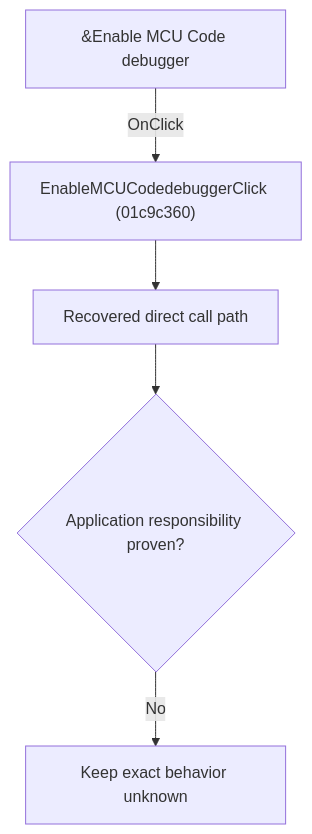
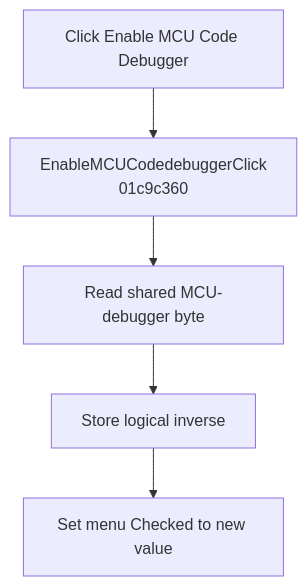
One commit to MovGP0/TIARA changed the diagram in docs/ui-controls/schematiceditor/enablemcucodedebugger-6394109407.md. Above: the diagram before and after it, drawn with Mermaid. The commit also changed other lines of this file and 241 other files, not shown here.

````diff
--- a/docs/ui-controls/schematiceditor/enablemcucodedebugger-6394109407.md
+++ b/docs/ui-controls/schematiceditor/enablemcucodedebugger-6394109407.md
@@ -27,7 +29,7 @@
 ```mermaid
 flowchart TD
-    control["&Enable MCU Code debugger"] -->|"OnClick"| handler["EnableMCUCodedebuggerClick (01c9c360)"]
-    handler --> recovered["Recovered direct call path"]
-    recovered --> gap{"Application responsibility proven?"}
-    gap -->|"No"| blocked["Keep exact behavior unknown"]
+    control["Click Enable MCU Code Debugger"] --> handler["EnableMCUCodedebuggerClick<br/>01c9c360"]
+    handler --> read["Read shared MCU-debugger byte"]
+    read --> toggle["Store logical inverse"]
+    toggle --> menu["Set menu Checked to new value"]
 ```
````
